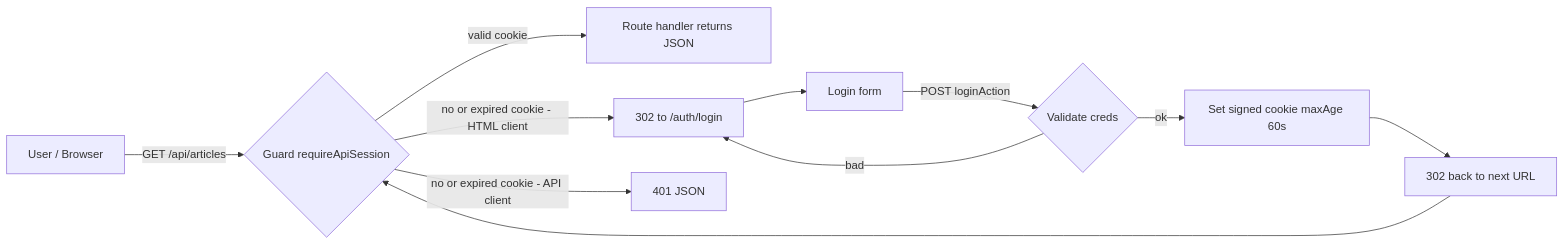
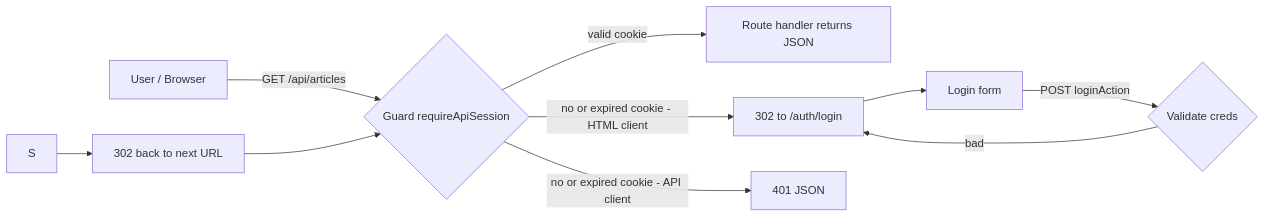
The first of 3 diagrams in docs/API_AUTHENTICATION.md (SHARATHKM2004/new--repo), drawn with Mermaid before and after one commit. The commit also changed other lines of this file and 5 other files, not shown here.

````diff
--- a/docs/API_AUTHENTICATION.md
+++ b/docs/API_AUTHENTICATION.md
@@ -39,13 +39,12 @@
 ```mermaid
 flowchart LR
     U["User / Browser"] -->|"GET /api/articles"| G{"Guard requireApiSession"}
     G -->|valid cookie| H["Route handler returns JSON"]
     G -->|no or expired cookie - HTML client| L["302 to /auth/login"]
     G -->|no or expired cookie - API client| E["401 JSON"]
     L --> F["Login form"]
     F -->|POST loginAction| V{"Validate creds"}
-    V -->|ok| S["Set signed cookie maxAge 60s"]
     S --> R["302 back to next URL"]
     V -->|bad| L
     R --> G
 ```
````
